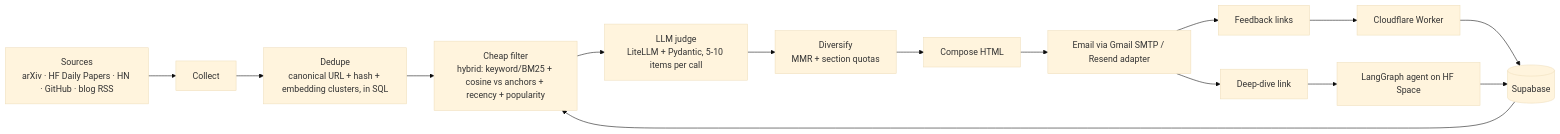
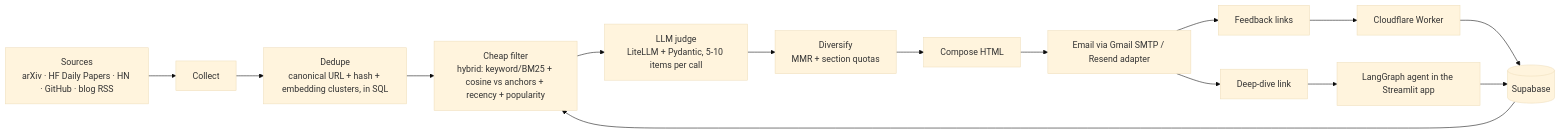
One commit to Shashank8602/Research_Radar changed the diagram in research-radar.md. Above: the diagram before and after it, drawn with Mermaid (base theme). The commit also changed other lines of this file and 20 other files, not shown here.

````diff
--- a/research-radar.md
+++ b/research-radar.md
@@ -63,17 +63,17 @@
 ```mermaid
 flowchart LR
     A[Sources<br/>arXiv · HF Daily Papers · HN · GitHub · blog RSS] --> B[Collect]
     B --> C[Dedupe<br/>canonical URL + hash + embedding clusters, in SQL]
     C --> D[Cheap filter<br/>hybrid: keyword/BM25 + cosine vs anchors + recency + popularity]
     D --> E[LLM judge<br/>LiteLLM + Pydantic, 5-10 items per call]
     E --> F[Diversify<br/>MMR + section quotas]
     F --> G[Compose HTML]
     G --> H[Email via Gmail SMTP / Resend adapter]
     H --> I[Feedback links]
     I --> J[Cloudflare Worker]
     J --> K[(Supabase)]
     K --> D
     H --> L[Deep-dive link]
-    L --> M[LangGraph agent on HF Space]
+    L --> M[LangGraph agent in the Streamlit app]
     M --> K
 ```
````
